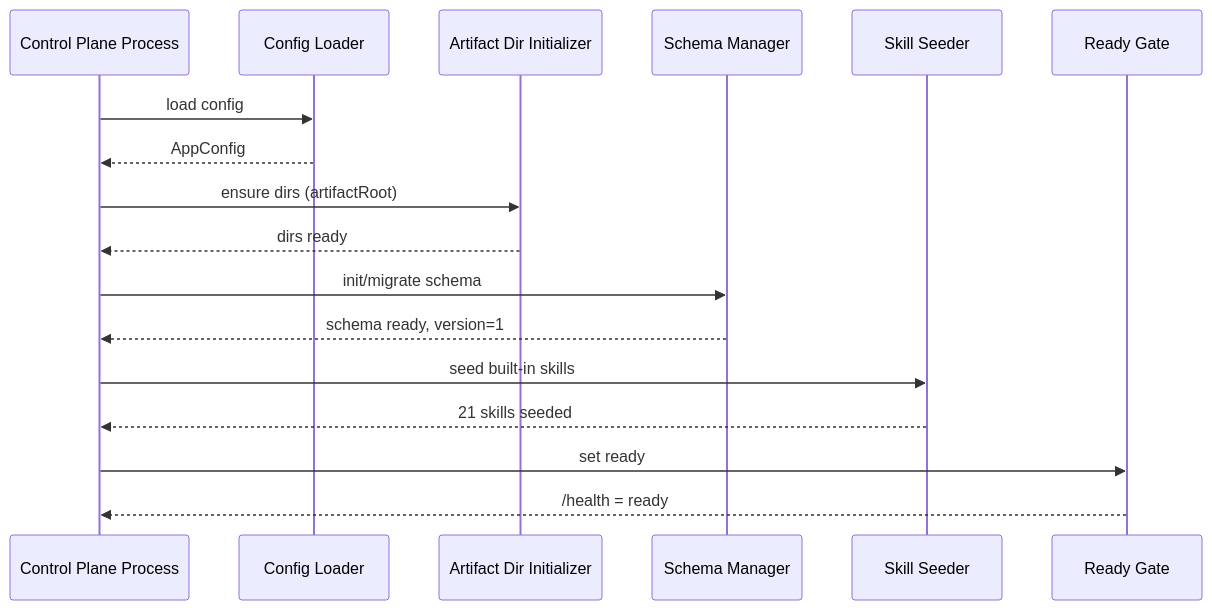
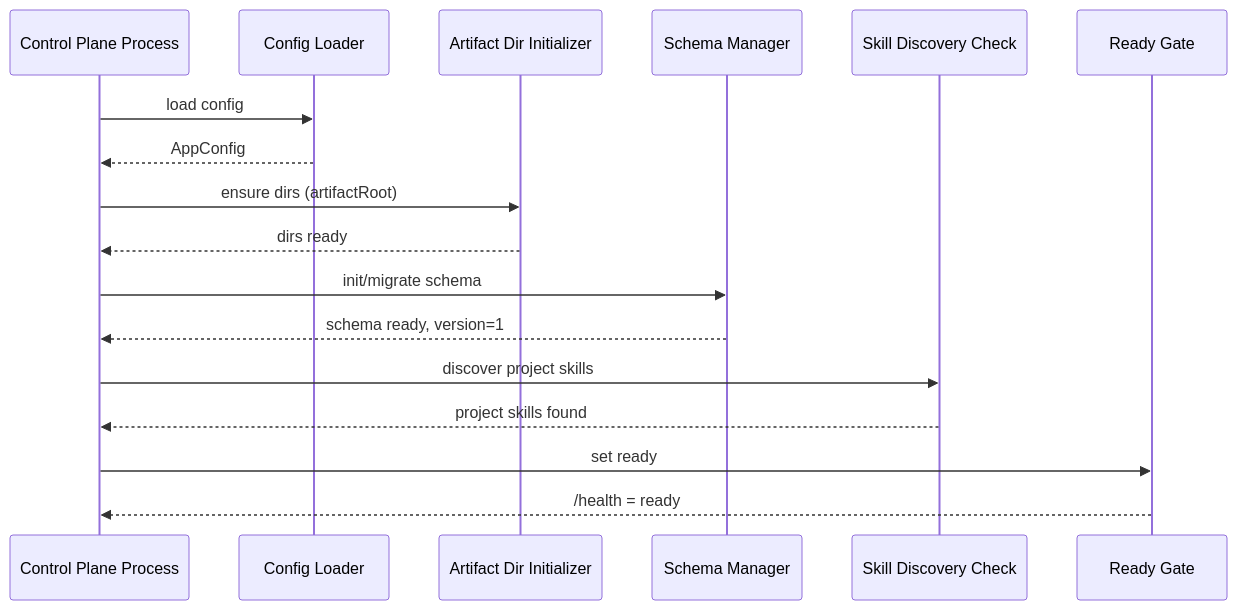
Before and after one commit to songcojp/Spec-Driven-Autonomous-Coding-System: the second of 3 diagrams in docs/features/feat-000-system-bootstrap/design.md, drawn with Mermaid. The commit also changed other lines of this file and 41 other files, not shown here.

````diff
--- a/docs/features/feat-000-system-bootstrap/design.md
+++ b/docs/features/feat-000-system-bootstrap/design.md
@@ -192,20 +188,20 @@
 ```mermaid
 sequenceDiagram
   participant Proc as Control Plane Process
   participant CL as Config Loader
   participant DI as Artifact Dir Initializer
   participant SM as Schema Manager
-  participant SS as Skill Seeder
+  participant SS as Skill Discovery Check
   participant RG as Ready Gate
 
   Proc->>CL: load config
   CL-->>Proc: AppConfig
   Proc->>DI: ensure dirs (artifactRoot)
   DI-->>Proc: dirs ready
   Proc->>SM: init/migrate schema
   SM-->>Proc: schema ready, version=1
-  Proc->>SS: seed built-in skills
-  SS-->>Proc: 21 skills seeded
+  Proc->>SS: discover project skills
+  SS-->>Proc: project skills found
   Proc->>RG: set ready
   RG-->>Proc: /health = ready
 ```
````
